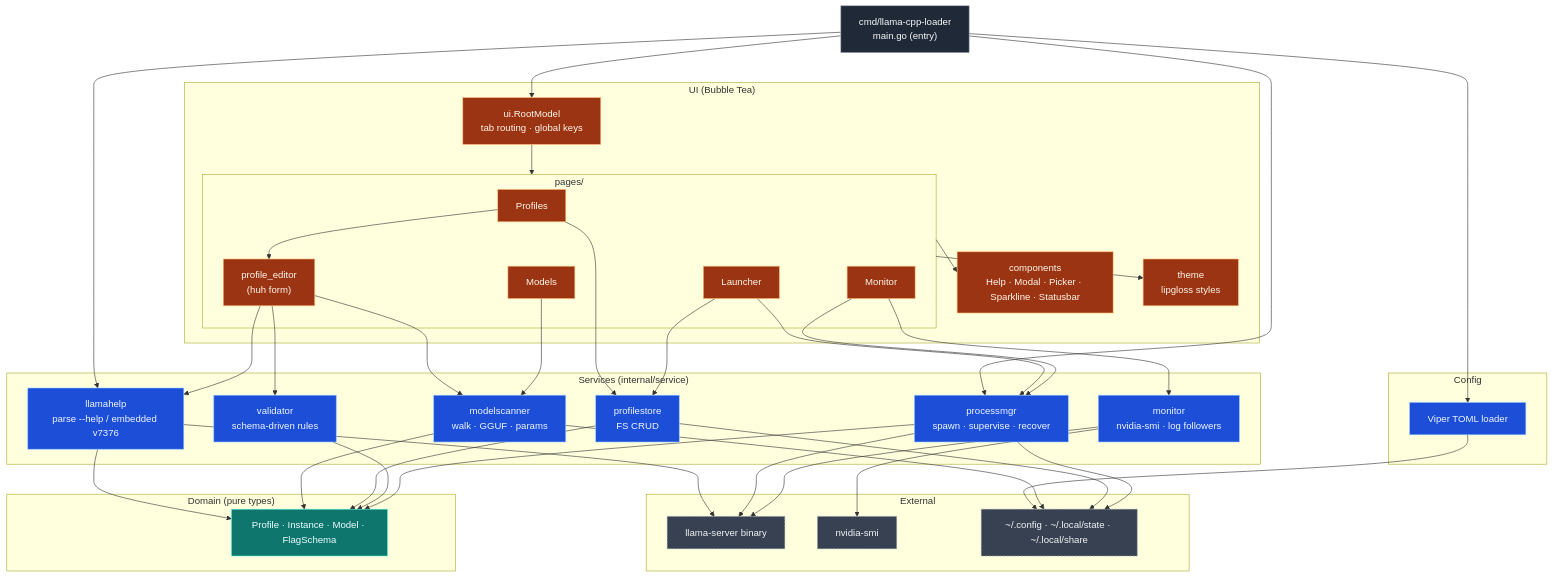
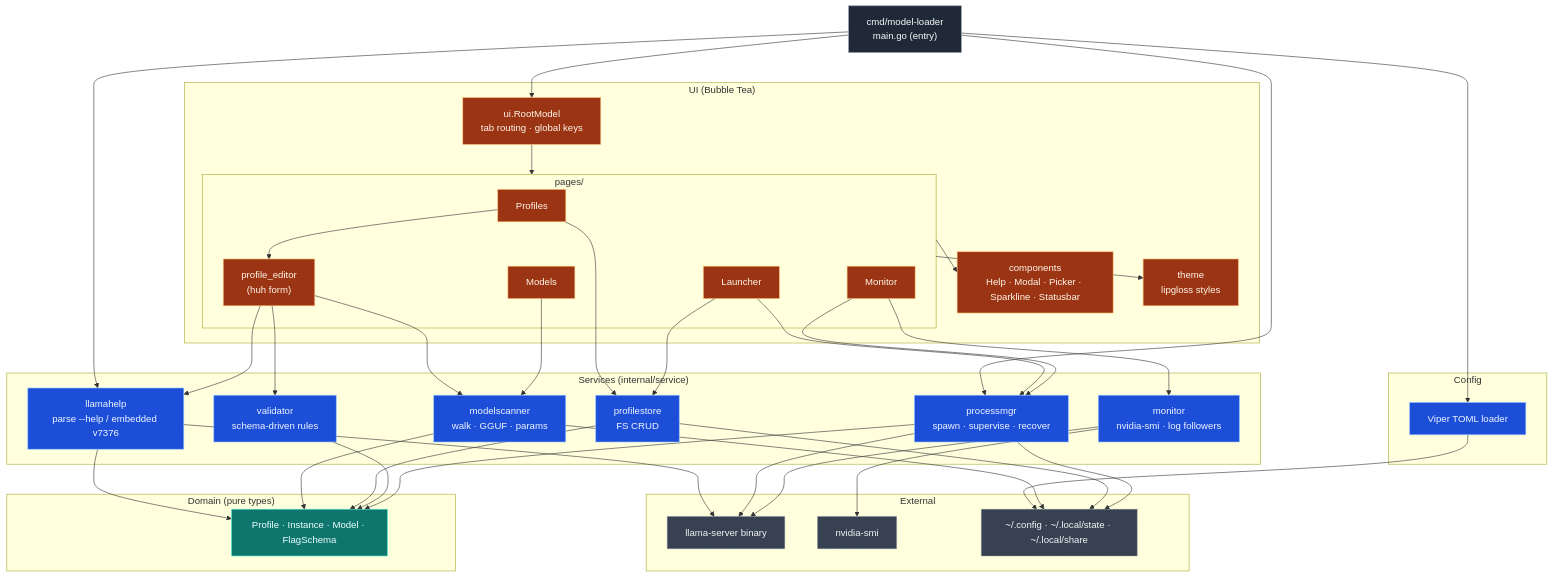
One commit to quantmind-br/model-loader changed the diagram in ARCHITECTURE.md. Above: the diagram before and after it, drawn with Mermaid. The commit also changed other lines of this file and 75 other files, not shown here.

First line of the commit message:
feat: backend catalog with schema-driven validation + app rename to model-loader

````diff
--- a/ARCHITECTURE.md
+++ b/ARCHITECTURE.md
@@ -122,79 +122,79 @@
 ```mermaid
 flowchart TB
     classDef entry fill:#1f2937,stroke:#9ca3af,color:#f9fafb
     classDef domain fill:#0f766e,stroke:#5eead4,color:#ecfeff
     classDef service fill:#1d4ed8,stroke:#93c5fd,color:#eff6ff
     classDef ui fill:#9a3412,stroke:#fdba74,color:#fff7ed
     classDef io fill:#374151,stroke:#9ca3af,color:#f3f4f6,stroke-dasharray: 4 2
 
-    CMD["cmd/llama-cpp-loader<br/>main.go (entry)"]:::entry
+    CMD["cmd/model-loader<br/>main.go (entry)"]:::entry
 
     subgraph DOM["Domain (pure types)"]
         DomainTypes["Profile · Instance · Model · FlagSchema"]:::domain
     end
 
     subgraph CFG["Config"]
         Config["Viper TOML loader"]:::service
     end
 
     subgraph SVC["Services (internal/service)"]
         LlamaHelp["llamahelp<br/>parse --help / embedded v7376"]:::service
         ModelScanner["modelscanner<br/>walk · GGUF · params"]:::service
         ProfileStore["profilestore<br/>FS CRUD"]:::service
         Validator["validator<br/>schema-driven rules"]:::service
         ProcessMgr["processmgr<br/>spawn · supervise · recover"]:::service
         Monitor["monitor<br/>nvidia-smi · log followers"]:::service
     end
 
     subgraph UI["UI (Bubble Tea)"]
         Root["ui.RootModel<br/>tab routing · global keys"]:::ui
         Components["components<br/>Help · Modal · Picker · Sparkline · Statusbar"]:::ui
         Theme["theme<br/>lipgloss styles"]:::ui
         subgraph Pages["pages/"]
             Profiles["Profiles"]:::ui
             Models["Models"]:::ui
             Launcher["Launcher"]:::ui
             MonitorPage["Monitor"]:::ui
             Editor["profile_editor<br/>(huh form)"]:::ui
         end
     end
 
     subgraph EXT["External"]
         LlamaServer["llama-server binary"]:::io
         NvidiaSMI["nvidia-smi"]:::io
         FS["~/.config · ~/.local/state · ~/.local/share"]:::io
     end
 
     CMD --> Config
     CMD --> LlamaHelp
     CMD --> ProcessMgr
     CMD --> Root
 
     Config --> FS
     LlamaHelp --> LlamaServer
     LlamaHelp --> DomainTypes
     ModelScanner --> FS
     ModelScanner --> DomainTypes
     ProfileStore --> FS
     ProfileStore --> DomainTypes
     Validator --> DomainTypes
     ProcessMgr --> LlamaServer
     ProcessMgr --> FS
     ProcessMgr --> DomainTypes
     Monitor --> NvidiaSMI
     Monitor --> LlamaServer
 
     Root --> Pages
     Pages --> Components
     Pages --> Theme
     Profiles --> ProfileStore
     Profiles --> Editor
     Editor --> Validator
     Editor --> LlamaHelp
     Editor --> ModelScanner
     Models --> ModelScanner
     Launcher --> ProfileStore
     Launcher --> ProcessMgr
     MonitorPage --> Monitor
     MonitorPage --> ProcessMgr
 ```
````
